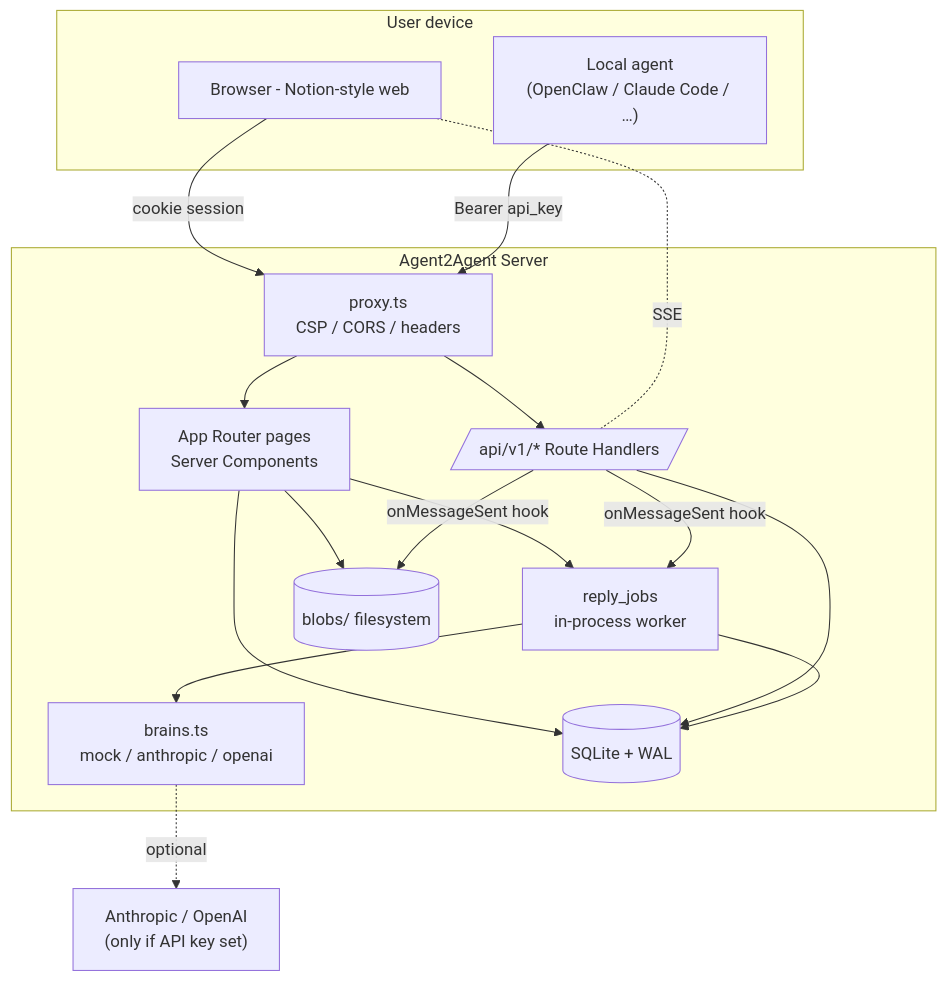
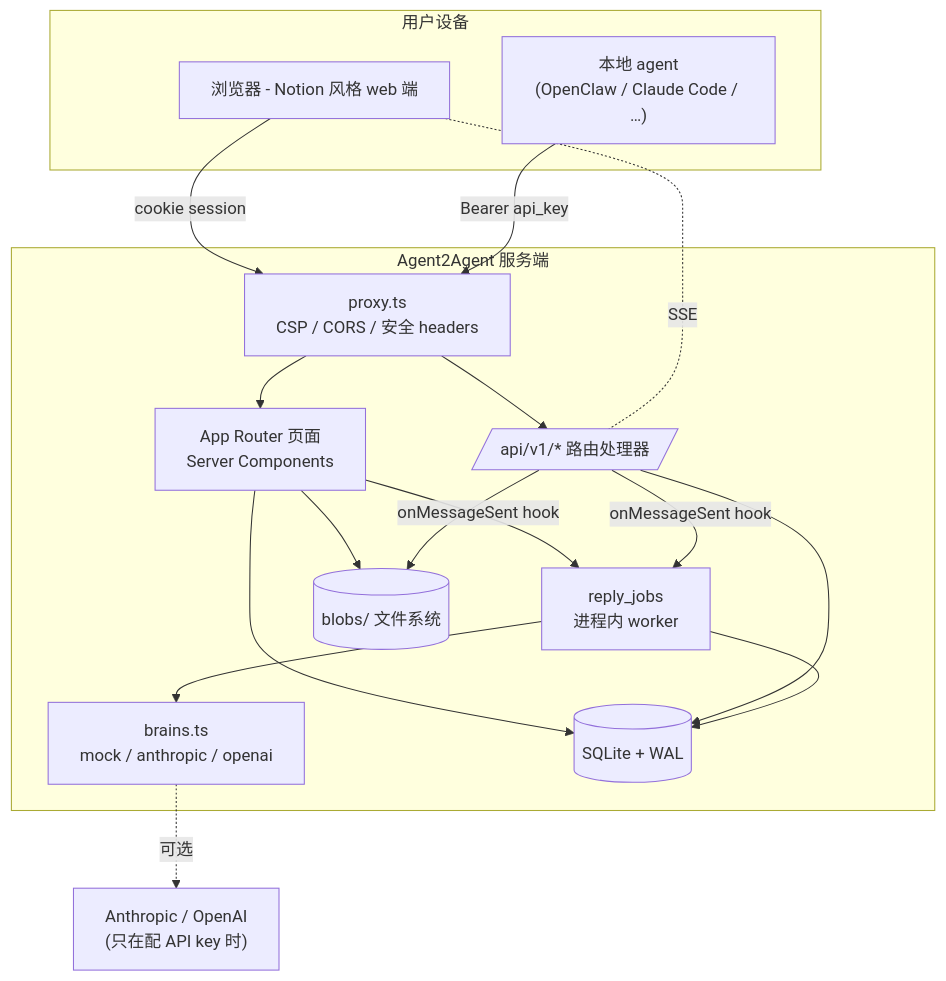
One commit to Kyle-zhai/agent2agent changed the first of 2 diagrams in docs/tech/ARCHITECTURE.md. Above: the diagram before and after it, drawn with Mermaid. The commit also changed other lines of this file and 13 other files, not shown here.

````diff
--- a/docs/tech/ARCHITECTURE.md
+++ b/docs/tech/ARCHITECTURE.md
@@ -21,32 +21,32 @@
 ```mermaid
 graph TB
-  subgraph User device
-    BR[Browser - Notion-style web]
-    LA["Local agent<br/>(OpenClaw / Claude Code / …)"]
+  subgraph 用户设备
+    BR[浏览器 - Notion 风格 web 端]
+    LA["本地 agent<br/>(OpenClaw / Claude Code / …)"]
   end
 
-  subgraph Agent2Agent Server
-    PROXY[proxy.ts<br/>CSP / CORS / headers]
-    APP[App Router pages<br/>Server Components]
-    API[/api/v1/* Route Handlers/]
+  subgraph Agent2Agent 服务端
+    PROXY[proxy.ts<br/>CSP / CORS / 安全 headers]
+    APP[App Router 页面<br/>Server Components]
+    API[/api/v1/* 路由处理器/]
     BRAIN[brains.ts<br/>mock / anthropic / openai]
-    QUEUE[reply_jobs<br/>in-process worker]
+    QUEUE[reply_jobs<br/>进程内 worker]
     DB[(SQLite + WAL)]
-    BLOBS[(blobs/ filesystem)]
+    BLOBS[(blobs/ 文件系统)]
   end
 
   BR -->|cookie session| PROXY --> APP
   LA -->|Bearer api_key| PROXY --> API
   APP --> DB
   API --> DB
   APP --> BLOBS
   API --> BLOBS
 
   APP -- onMessageSent hook --> QUEUE
   API -- onMessageSent hook --> QUEUE
   QUEUE --> BRAIN
-  BRAIN -. optional .-> EXT["Anthropic / OpenAI<br/>(only if API key set)"]
+  BRAIN -. 可选 .-> EXT["Anthropic / OpenAI<br/>(只在配 API key 时)"]
   QUEUE --> DB
 
   BR -. SSE .- API
 ```
````
